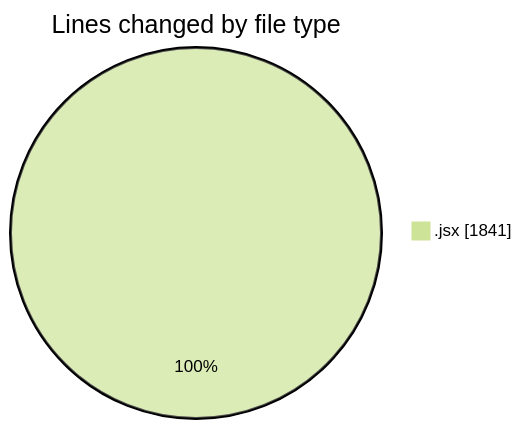
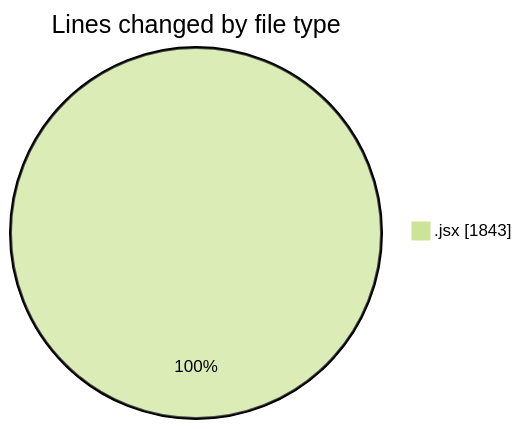
The first of 2 diagrams in 2025-05-07/nxtqube_webapp/README.md (nxtqubesakshisongat/code-tracking), drawn with Mermaid (forest theme) before and after one commit. The commit also changed other lines of this file and 1 other file, not shown here.

````diff
--- a/2025-05-07/nxtqube_webapp/README.md
+++ b/2025-05-07/nxtqube_webapp/README.md
@@ -20,5 +20,5 @@
 ```mermaid
 pie showData
 title Lines changed by file type
-".jsx" : 1841
+".jsx" : 1843
 ```
````
